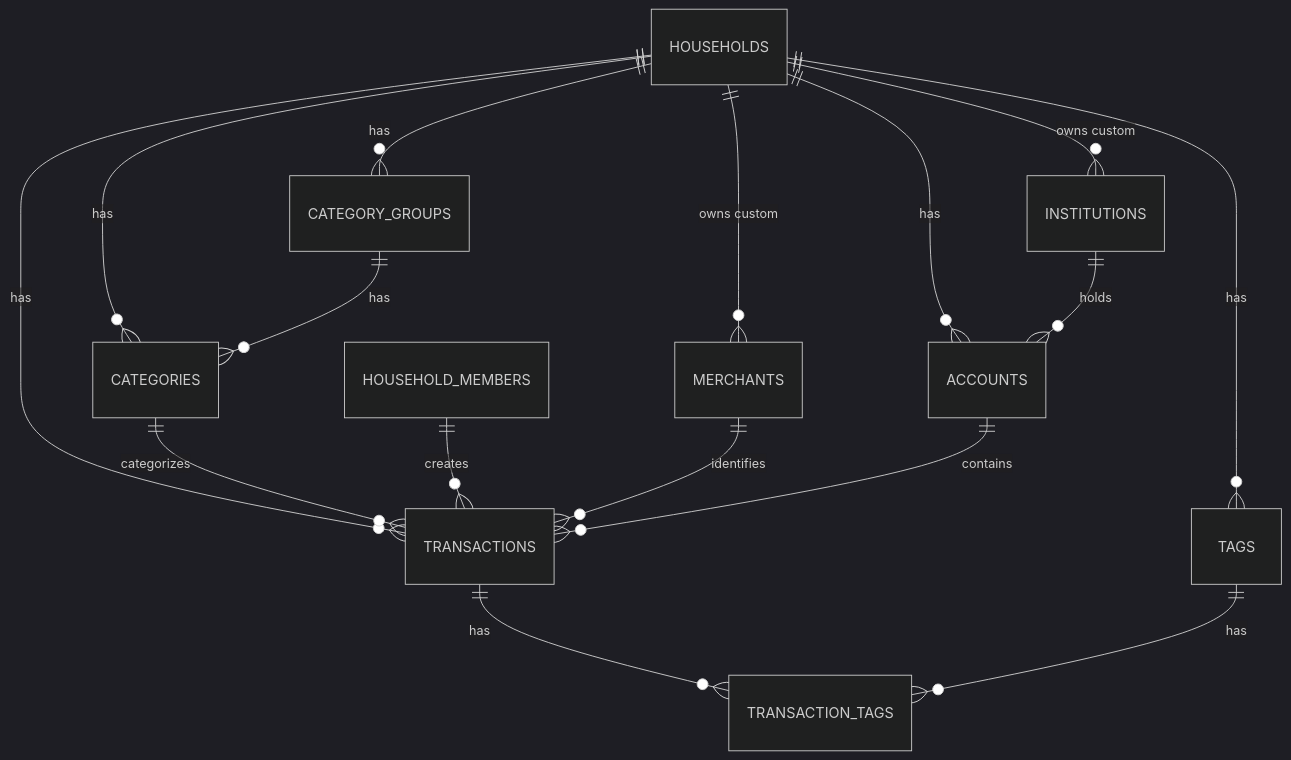
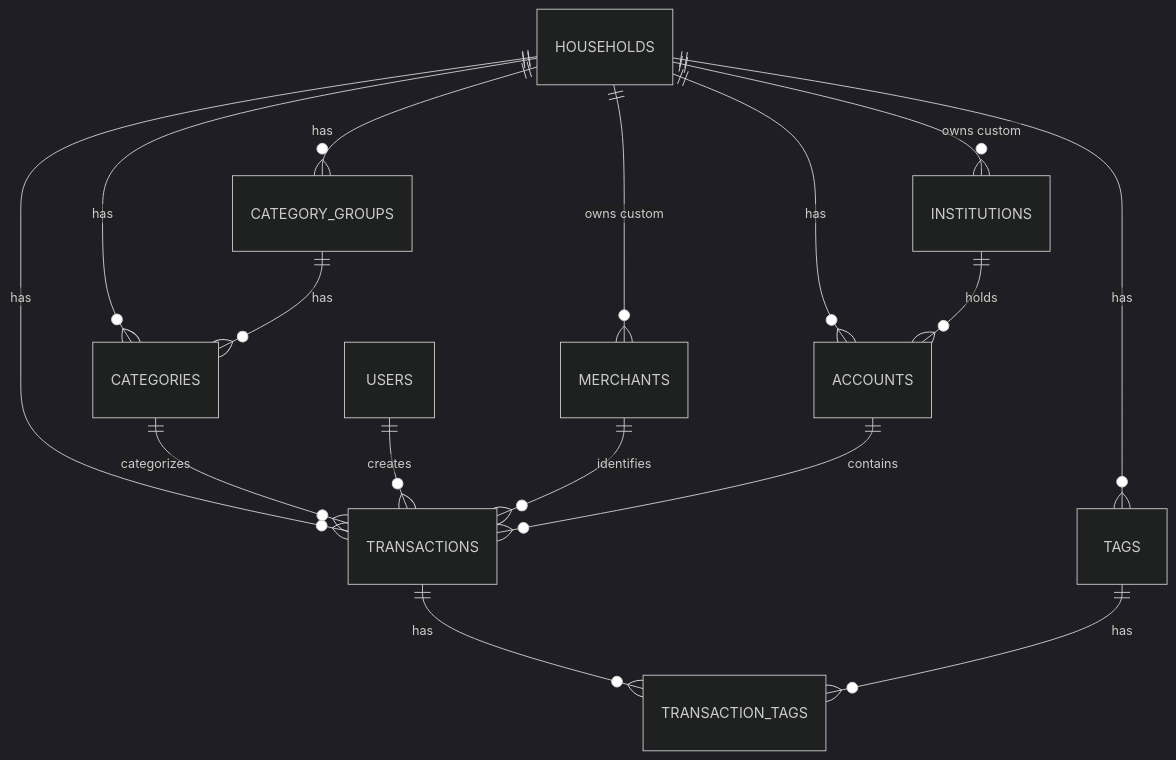
One commit to samuel-duhaime/firebird-money changed the second of 2 diagrams in README.md. Above: the diagram before and after it, drawn with Mermaid (dark theme). The commit also changed other lines of this file and 25 other files, not shown here.

First line of the commit message:
Merge household_members into users

````diff
--- a/README.md
+++ b/README.md
@@ -259,18 +259,18 @@
 ```mermaid
 erDiagram
     HOUSEHOLDS ||--o{ CATEGORY_GROUPS : has
     HOUSEHOLDS ||--o{ CATEGORIES : has
     CATEGORY_GROUPS ||--o{ CATEGORIES : has
     HOUSEHOLDS ||--o{ TRANSACTIONS : has
     CATEGORIES ||--o{ TRANSACTIONS : categorizes
-    HOUSEHOLD_MEMBERS ||--o{ TRANSACTIONS : creates
+    USERS ||--o{ TRANSACTIONS : creates
     MERCHANTS ||--o{ TRANSACTIONS : identifies
     HOUSEHOLDS ||--o{ MERCHANTS : "owns custom"
     HOUSEHOLDS ||--o{ INSTITUTIONS : "owns custom"
     HOUSEHOLDS ||--o{ ACCOUNTS : has
     INSTITUTIONS ||--o{ ACCOUNTS : holds
     ACCOUNTS ||--o{ TRANSACTIONS : contains
     HOUSEHOLDS ||--o{ TAGS : has
     TRANSACTIONS ||--o{ TRANSACTION_TAGS : has
     TAGS ||--o{ TRANSACTION_TAGS : has
 ```
````
